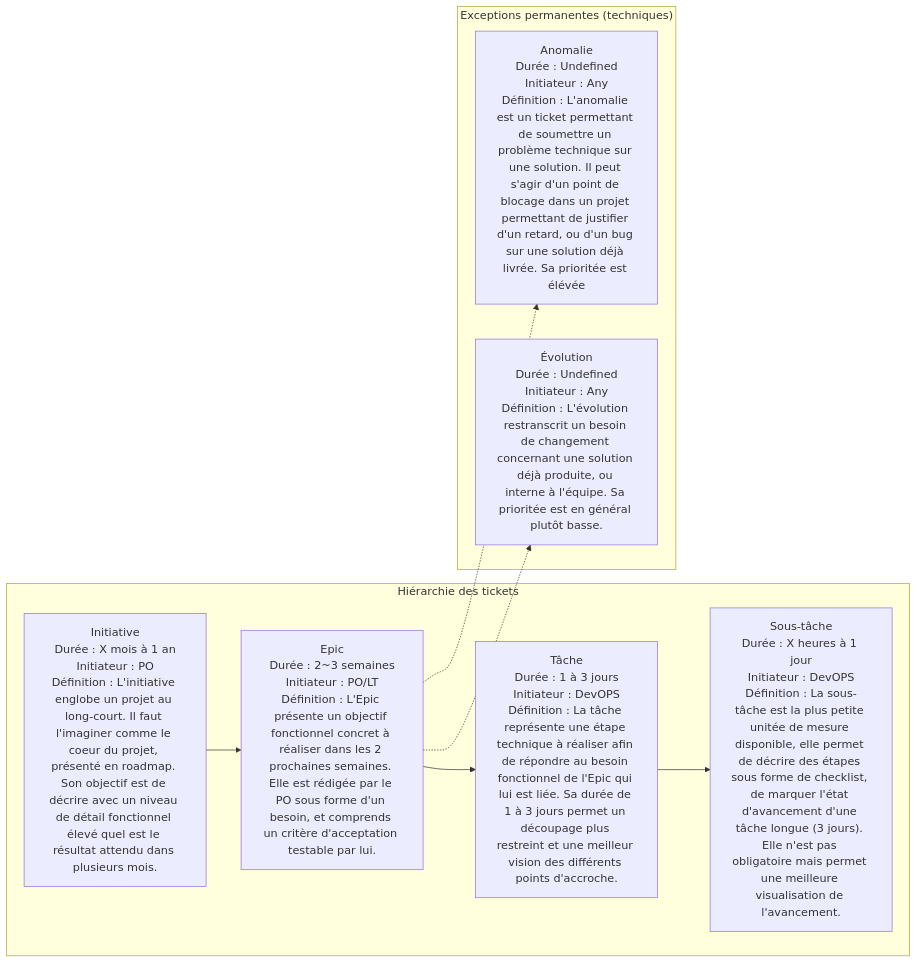
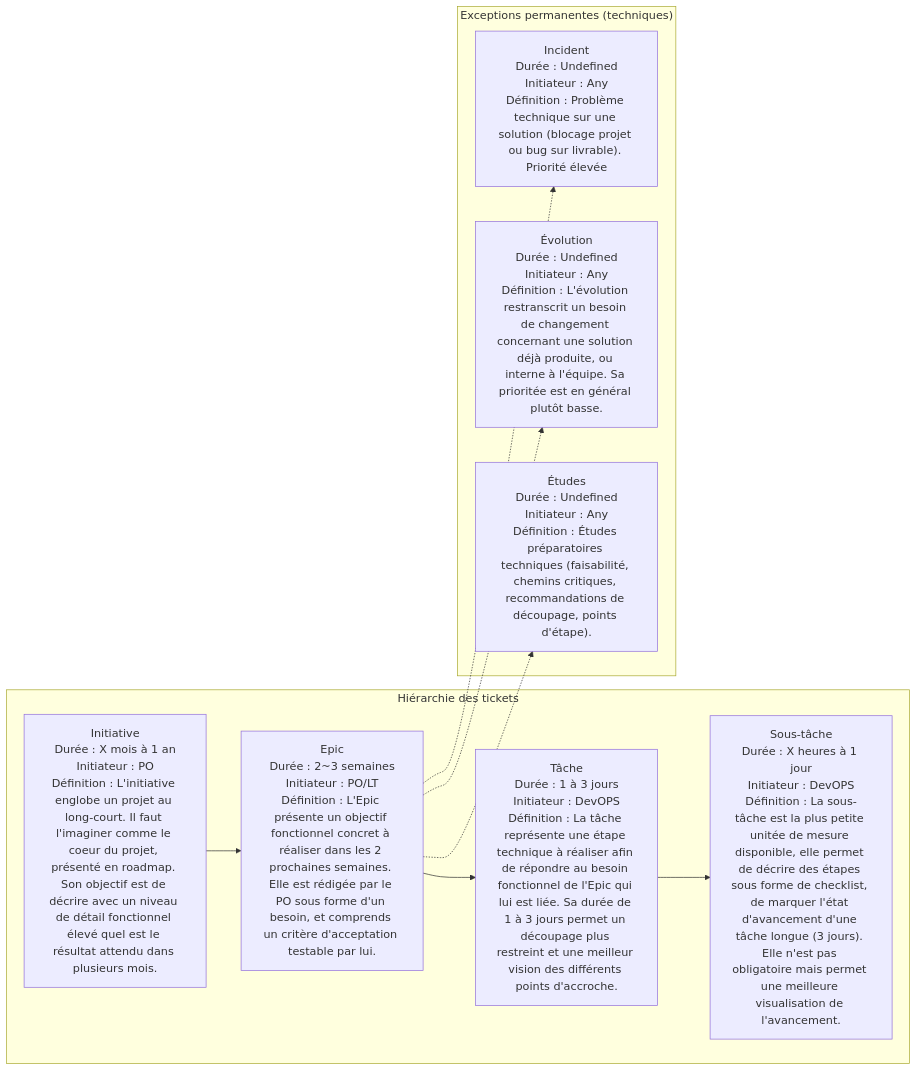
The first of 3 diagrams in README.md (arioual-utech/airflows), drawn with Mermaid before and after one commit. The commit also changed other lines of this file, not shown here.

Commit message:
Révision du README.md pour mettre à jour le processus de gestion des Épics, ajout de nouvelles étapes et clarification des exceptions permanentes. Les définitions des incidents, évolutions et études ont été précisées pour une meilleure compréhension.

````diff
--- a/README.md
+++ b/README.md
@@ -44,16 +47,18 @@
 ```mermaid
 flowchart LR
   subgraph "Hiérarchie des tickets"
     INIT["Initiative<br/>Durée : X mois à 1 an<br/>Initiateur : PO<br/>Définition : L'initiative englobe un projet au long-court. Il faut l'imaginer comme le coeur du projet, présenté en roadmap. Son objectif est de décrire avec un niveau de détail fonctionnel élevé quel est le résultat attendu dans plusieurs mois."]
     EPIC["Epic<br/>Durée : 2~3 semaines<br/>Initiateur : PO/LT<br/>Définition : L'Epic présente un objectif fonctionnel concret à réaliser dans les 2 prochaines semaines. Elle est rédigée par le PO sous forme d'un besoin, et comprends un critère d'acceptation testable par lui."]
     TACHE["Tâche<br/>Durée : 1 à 3 jours<br/>Initiateur : DevOPS<br/>Définition : La tâche représente une étape technique à réaliser afin de répondre au besoin fonctionnel de l'Epic qui lui est liée. Sa durée de 1 à 3 jours permet un découpage plus restreint et une meilleur vision des différents points d'accroche."]
     SOUSTACHE["Sous-tâche<br/>Durée : X heures à 1 jour<br/>Initiateur : DevOPS<br/>Définition : La sous-tâche est la plus petite unitée de mesure disponible, elle permet de décrire des étapes sous forme de checklist, de marquer l'état d'avancement d'une tâche longue (3 jours). Elle n'est pas obligatoire mais permet une meilleure visualisation de l'avancement."]
     INIT --> EPIC --> TACHE --> SOUSTACHE
   end
   subgraph "Exceptions permanentes (techniques)"
-    ANOM["Anomalie<br/>Durée : Undefined<br/>Initiateur : Any<br/>Définition : L'anomalie est un ticket permettant de soumettre un problème technique sur une solution. Il peut s'agir d'un point de blocage dans un projet permettant de justifier d'un retard, ou d'un bug sur une solution déjà livrée. Sa prioritée est élévée"]
+    INC["Incident<br/>Durée : Undefined<br/>Initiateur : Any<br/>Définition : Problème technique sur une solution (blocage projet ou bug sur livrable). Priorité élevée"]
     EVO["Évolution<br/>Durée : Undefined<br/>Initiateur : Any<br/>Définition : L'évolution restranscrit un besoin de changement concernant une solution déjà produite, ou interne à l'équipe. Sa prioritée est en général plutôt basse."]
+    ETUDE["Études<br/>Durée : Undefined<br/>Initiateur : Any<br/>Définition : Études préparatoires techniques (faisabilité, chemins critiques, recommandations de découpage, points d'étape)."]
   end
-  EPIC -.-> ANOM
+  EPIC -.-> INC
   EPIC -.-> EVO
+  EPIC -.-> ETUDE
 ```
````
